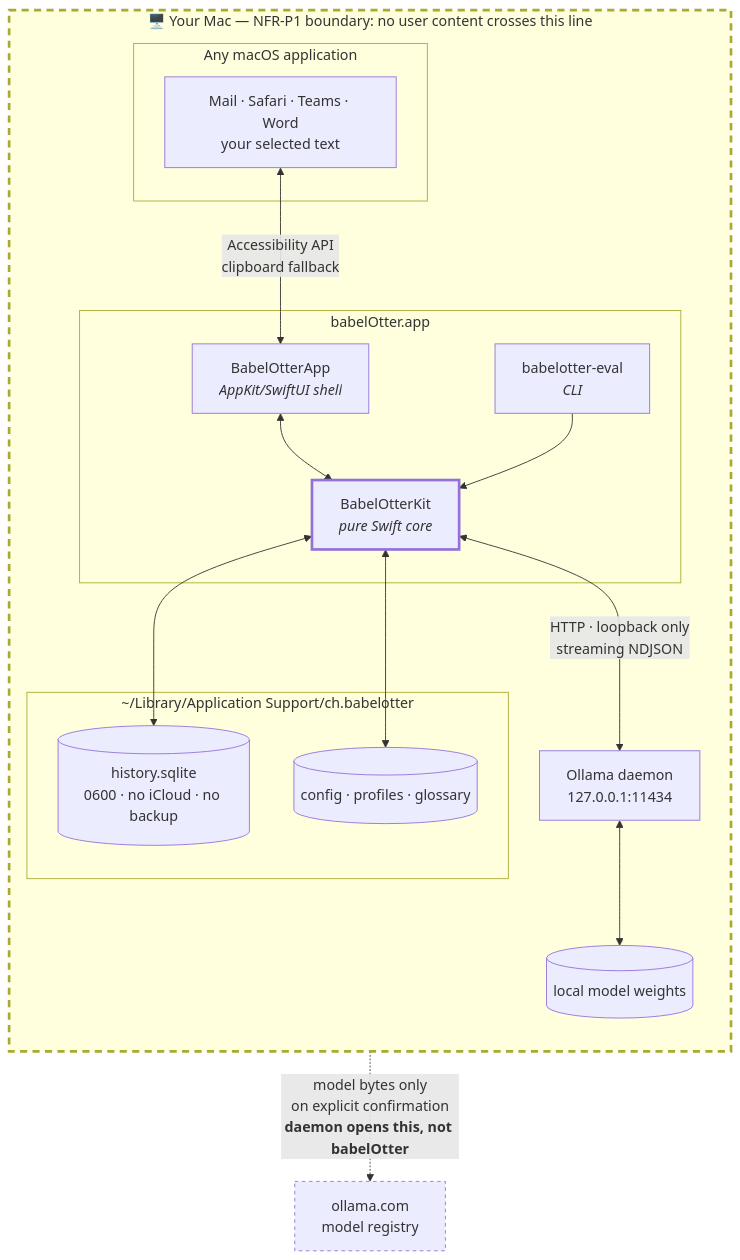
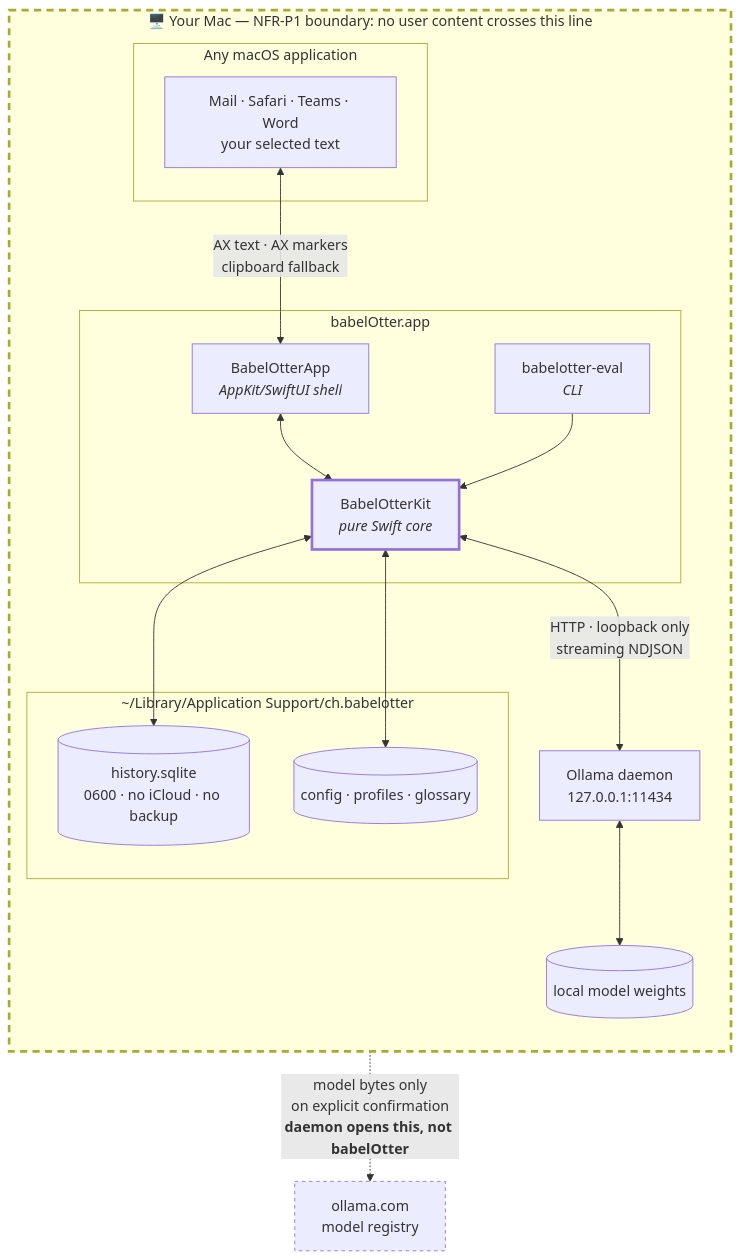
The first of 5 diagrams in docs/architecture.md (ettoreferranti/babelOtter), drawn with Mermaid before and after one commit. The commit also changed other lines of this file, not shown here.

````diff
--- a/docs/architecture.md
+++ b/docs/architecture.md
@@ -14,39 +14,39 @@
 ```mermaid
 flowchart TB
     subgraph MACHINE["🖥️  Your Mac — NFR-P1 boundary: no user content crosses this line"]
         direction TB
 
         subgraph APPS["Any macOS application"]
             SRC["Mail · Safari · Teams · Word<br/>your selected text"]
         end
 
         subgraph BO["babelOtter.app"]
             SHELL["BabelOtterApp<br/><i>AppKit/SwiftUI shell</i>"]
             KIT["BabelOtterKit<br/><i>pure Swift core</i>"]
             EVAL["babelotter-eval<br/><i>CLI</i>"]
         end
 
         subgraph STORE["~/Library/Application Support/ch.babelotter"]
             DB[("history.sqlite<br/>0600 · no iCloud · no backup")]
             CFG[("config · profiles · glossary")]
         end
 
         OLLAMA["Ollama daemon<br/>127.0.0.1:11434"]
         MODELS[("local model weights")]
     end
 
     CLOUD["ollama.com<br/>model registry"]
 
-    SRC <-->|"Accessibility API<br/>clipboard fallback"| SHELL
+    SRC <-->|"AX text · AX markers<br/>clipboard fallback"| SHELL
     SHELL <--> KIT
     EVAL --> KIT
     KIT <-->|"HTTP · loopback only<br/>streaming NDJSON"| OLLAMA
     KIT <--> DB
     KIT <--> CFG
     OLLAMA <--> MODELS
     OLLAMA -.->|"model bytes only<br/>on explicit confirmation<br/><b>daemon opens this, not babelOtter</b>"| CLOUD
 
     style MACHINE stroke-dasharray: 8 6,stroke-width:3px
     style CLOUD stroke-dasharray: 4 4
     style KIT stroke-width:3px
 ```
````
